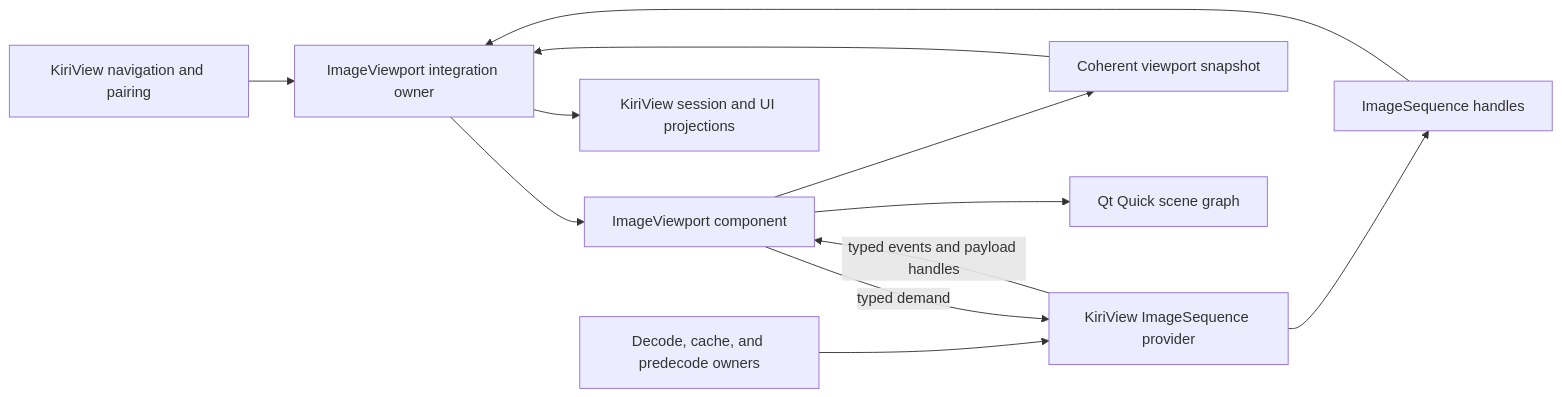
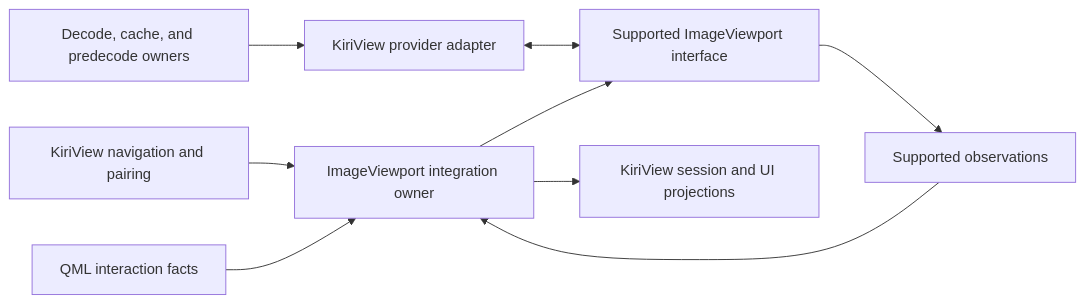
The diagram in app/docs/architecture/provider-rendering.md (hnjae/kiriview), drawn with Mermaid before and after one commit. The commit also changed other lines of this file and 23 other files, not shown here.

Commit message:
docs(app): make image viewport boundary opaque

````diff
--- a/app/docs/architecture/provider-rendering.md
+++ b/app/docs/architecture/provider-rendering.md
@@ -15,14 +13,11 @@
 ```mermaid
 flowchart LR
     Navigation["KiriView navigation and pairing"] --> Integration["ImageViewport integration owner"]
-    Sources["Decode, cache, and predecode owners"] --> Provider["KiriView ImageSequence provider"]
-    Provider --> Sequence["ImageSequence handles"]
-    Sequence --> Integration
-    Integration --> Viewport["ImageViewport component"]
-    Viewport -- "typed demand" --> Provider
-    Provider -- "typed events and payload handles" --> Viewport
-    Viewport --> Snapshot["Coherent viewport snapshot"]
-    Snapshot --> Integration
+    Interaction["QML interaction facts"] --> Integration
+    Sources["Decode, cache, and predecode owners"] --> Provider["KiriView provider adapter"]
+    Integration --> Boundary["Supported ImageViewport interface"]
+    Provider <--> Boundary
+    Boundary --> Observation["Supported observations"]
+    Observation --> Integration
     Integration --> Projection["KiriView session and UI projections"]
-    Viewport --> SceneGraph["Qt Quick scene graph"]
 ```
````
